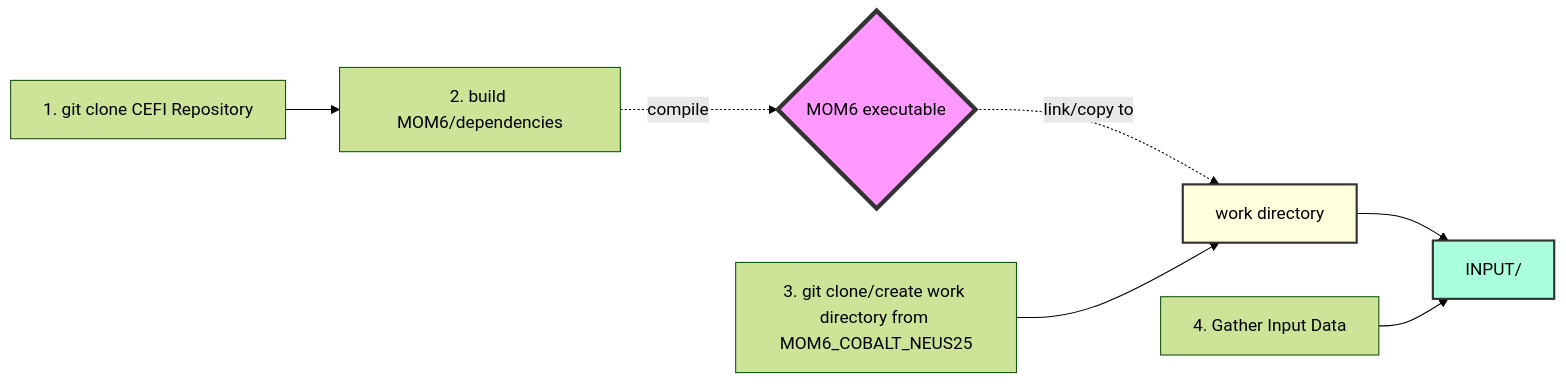
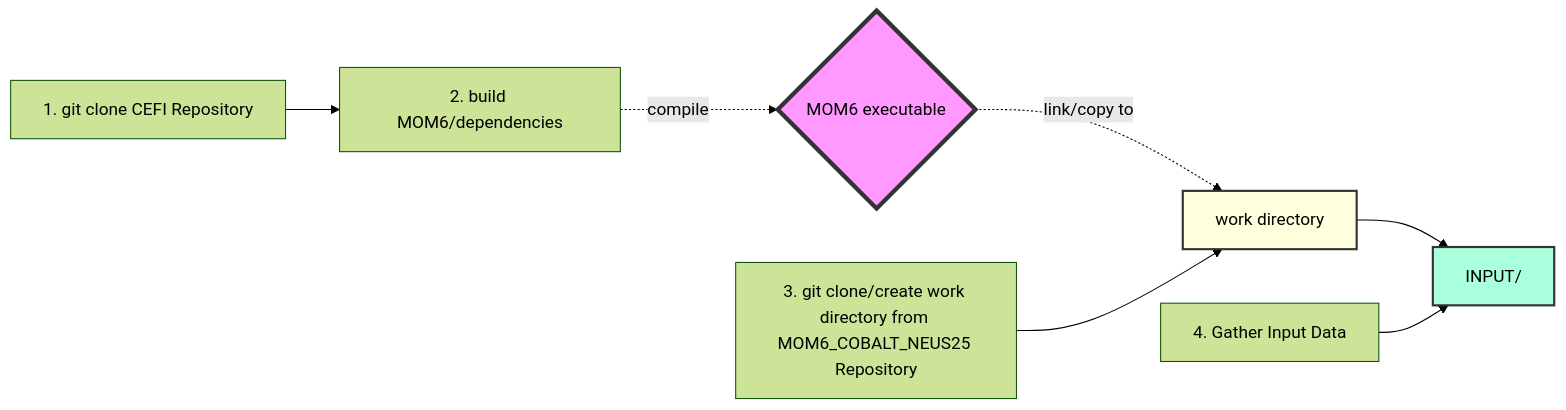
Before and after one commit to dksasaki/MOM6_COBALT_NEUS25: the first of 2 diagrams in README2.md, drawn with Mermaid (forest theme).

Commit message:
minor changes

````diff
--- a/README2.md
+++ b/README2.md
@@ -19,18 +19,18 @@
 ```mermaid
 flowchart LR
     A[1. git clone CEFI Repository] --> B[2. build MOM6/dependencies]
     B -.-> |compile| C{MOM6 executable}
     
-    D[3. git clone/create work directory from MOM6_COBALT_NEUS25]
+    D[3. git clone/create work directory from MOM6_COBALT_NEUS25 Repository]
     C -.-> |link/copy to| E[work directory]
     D --> E
     
     E --> H
 
     F[4. Gather Input Data ]
     F --> H[INPUT/]
     
     style C fill:#f9f,stroke:#333,stroke-width:4px
     style H fill:#afd,stroke:#333,stroke-width:2px
     style E fill:#ffd,stroke:#333,stroke-width:2px
 ```
````
